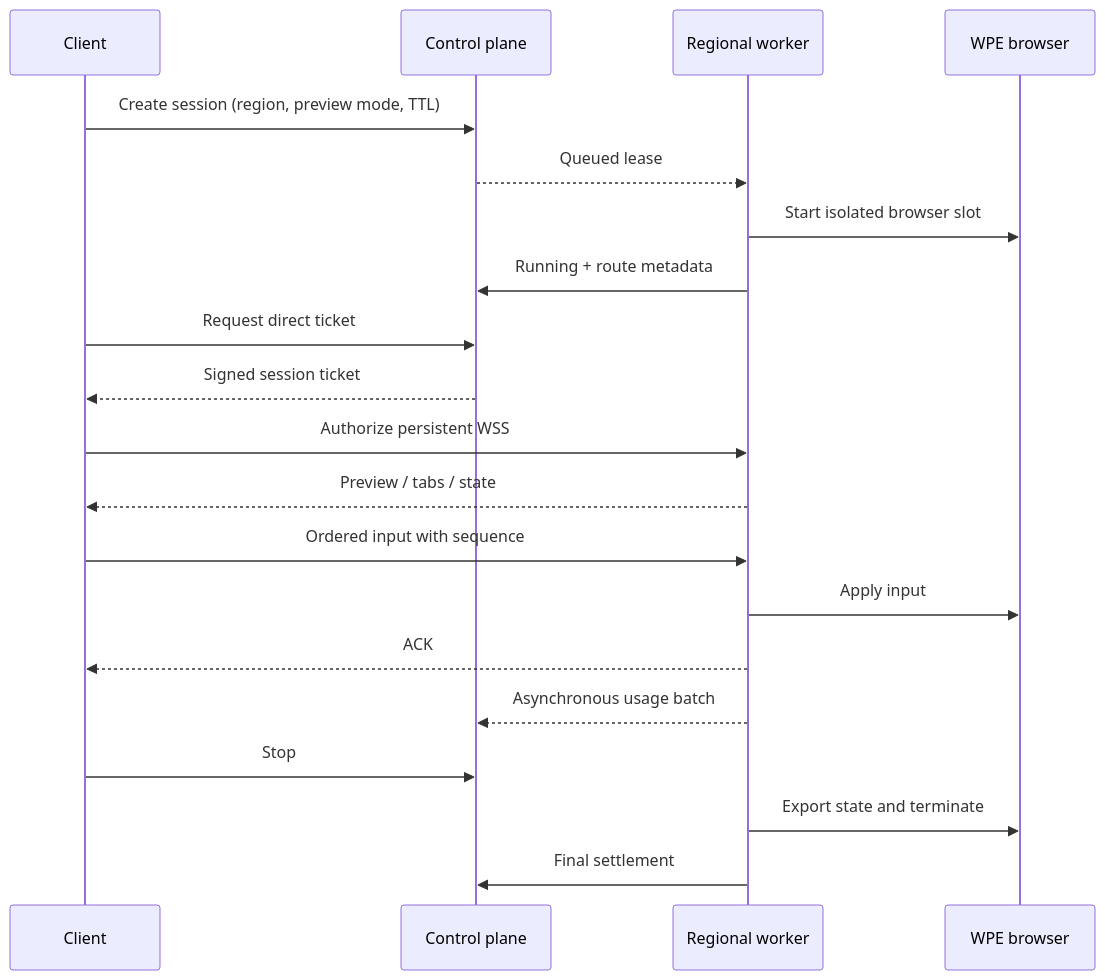
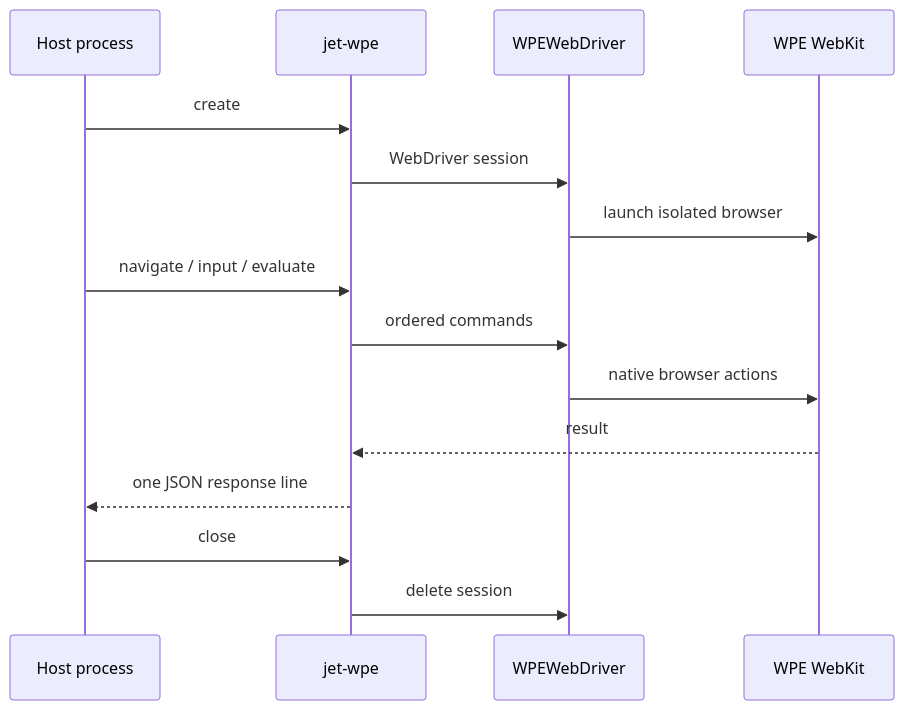
The third of 3 diagrams in docs/architecture.md (masakaai/jet-browser), drawn with Mermaid before and after one commit. The commit also changed other lines of this file and 30 other files, not shown here.

Commit message:
feat: make Jet Browser standalone and platform-independent

````diff
--- a/docs/architecture.md
+++ b/docs/architecture.md
@@ -34,23 +37,18 @@
-```mermaid
+~~~mermaid
 sequenceDiagram
-  participant C as Client
-  participant A as Control plane
-  participant W as Regional worker
-  participant B as WPE browser
+  participant H as Host process
+  participant J as jet-wpe
+  participant D as WPEWebDriver
+  participant B as WPE WebKit
 
-  C->>A: Create session (region, preview mode, TTL)
-  A-->>W: Queued lease
-  W->>B: Start isolated browser slot
-  W->>A: Running + route metadata
-  C->>A: Request direct ticket
-  A-->>C: Signed session ticket
-  C->>W: Authorize persistent WSS
-  W-->>C: Preview / tabs / state
-  C->>W: Ordered input with sequence
-  W->>B: Apply input
-  W-->>C: ACK
-  W-->>A: Asynchronous usage batch
-  C->>A: Stop
-  W->>B: Export state and terminate
-  W->>A: Final settlement
-```
+  H->>J: create
+  J->>D: WebDriver session
+  D->>B: launch isolated browser
+  H->>J: navigate / input / evaluate
+  J->>D: ordered commands
+  D->>B: native browser actions
+  B-->>J: result
+  J-->>H: one JSON response line
+  H->>J: close
+  J->>D: delete session
+~~~
````
